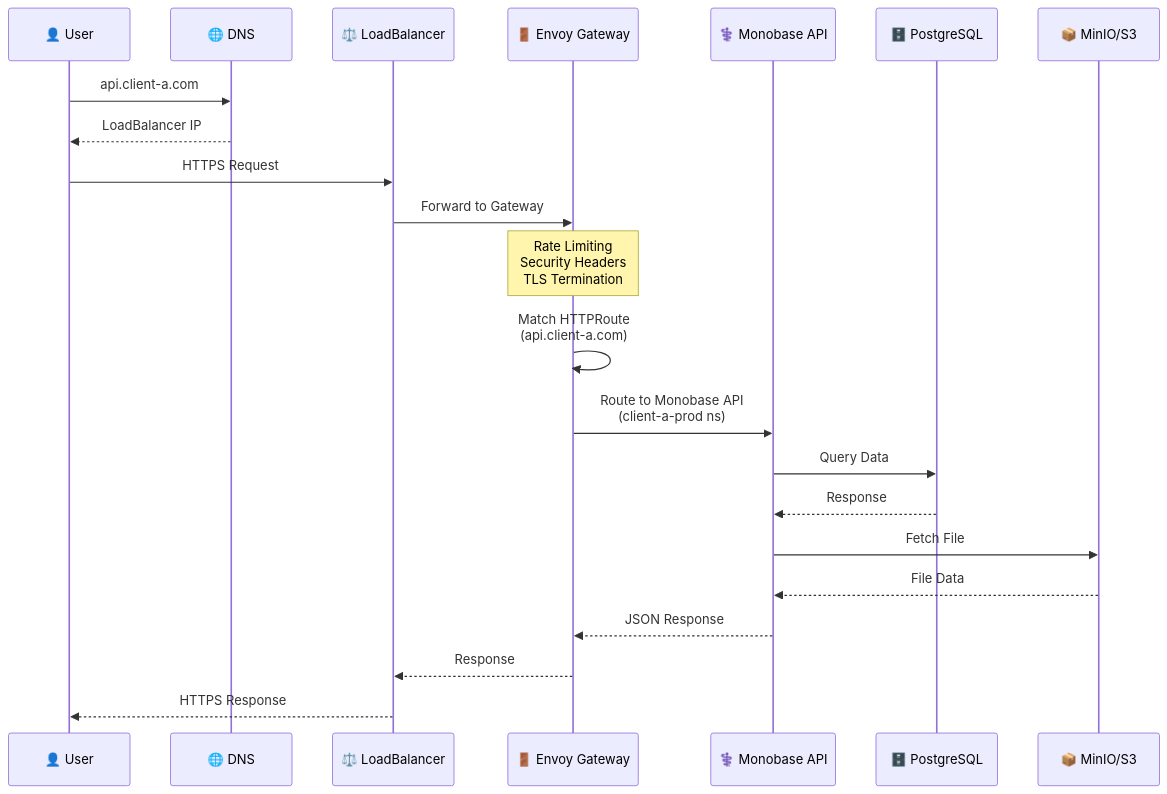
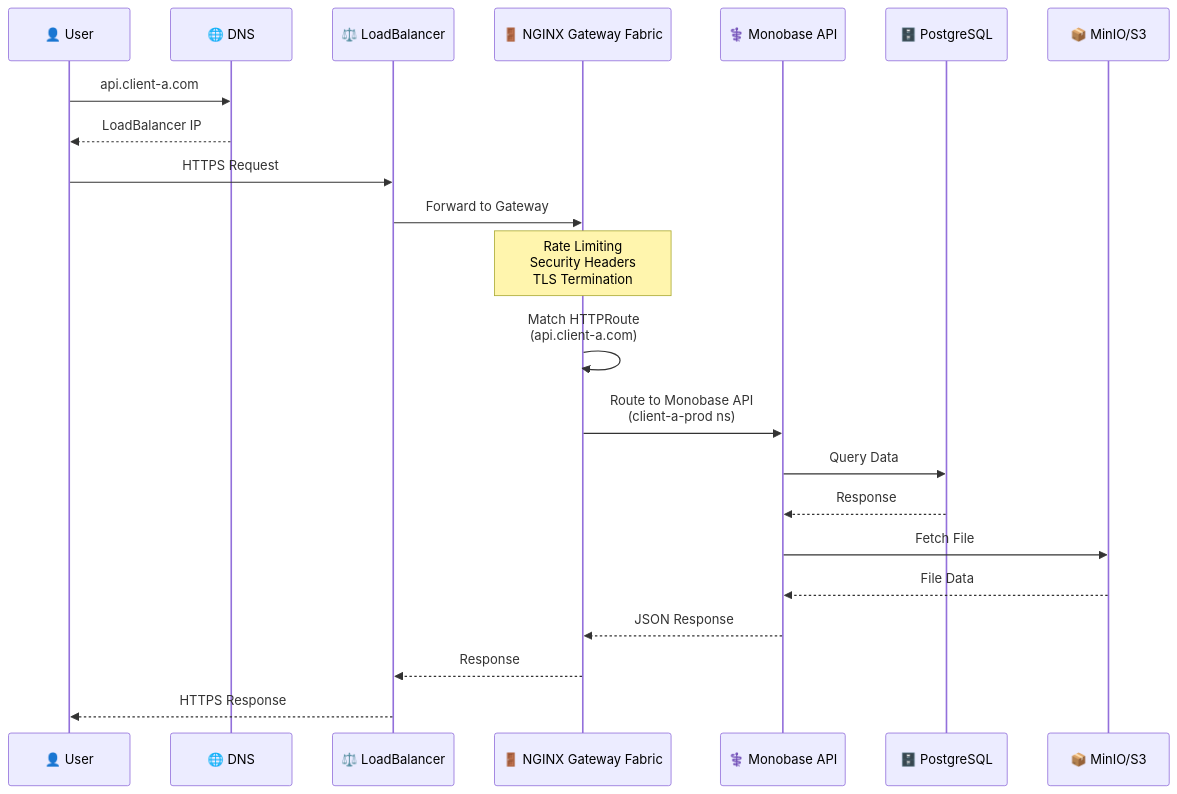
The second of 3 diagrams in docs/architecture/ARCHITECTURE.md (mycurelabs/monobase-infra), drawn with Mermaid before and after one commit. The commit also changed other lines of this file and 141 other files, not shown here.

````diff
--- a/docs/architecture/ARCHITECTURE.md
+++ b/docs/architecture/ARCHITECTURE.md
@@ -114,25 +114,25 @@
 ```mermaid
 sequenceDiagram
     participant U as 👤 User
     participant DNS as 🌐 DNS
     participant LB as ⚖️ LoadBalancer
-    participant GW as 🚪 Envoy Gateway
+    participant GW as 🚪 NGINX Gateway Fabric
     participant API as ⚕️ Monobase API
     participant DB as 🗄️ PostgreSQL
     participant S3 as 📦 MinIO/S3
     
     U->>DNS: api.client-a.com
     DNS-->>U: LoadBalancer IP
     U->>LB: HTTPS Request
     LB->>GW: Forward to Gateway
     Note over GW: Rate Limiting<br/>Security Headers<br/>TLS Termination
     GW->>GW: Match HTTPRoute<br/>(api.client-a.com)
     GW->>API: Route to Monobase API<br/>(client-a-prod ns)
     API->>DB: Query Data
     DB-->>API: Response
     API->>S3: Fetch File
     S3-->>API: File Data
     API-->>GW: JSON Response
     GW-->>LB: Response
     LB-->>U: HTTPS Response
 ```
````
